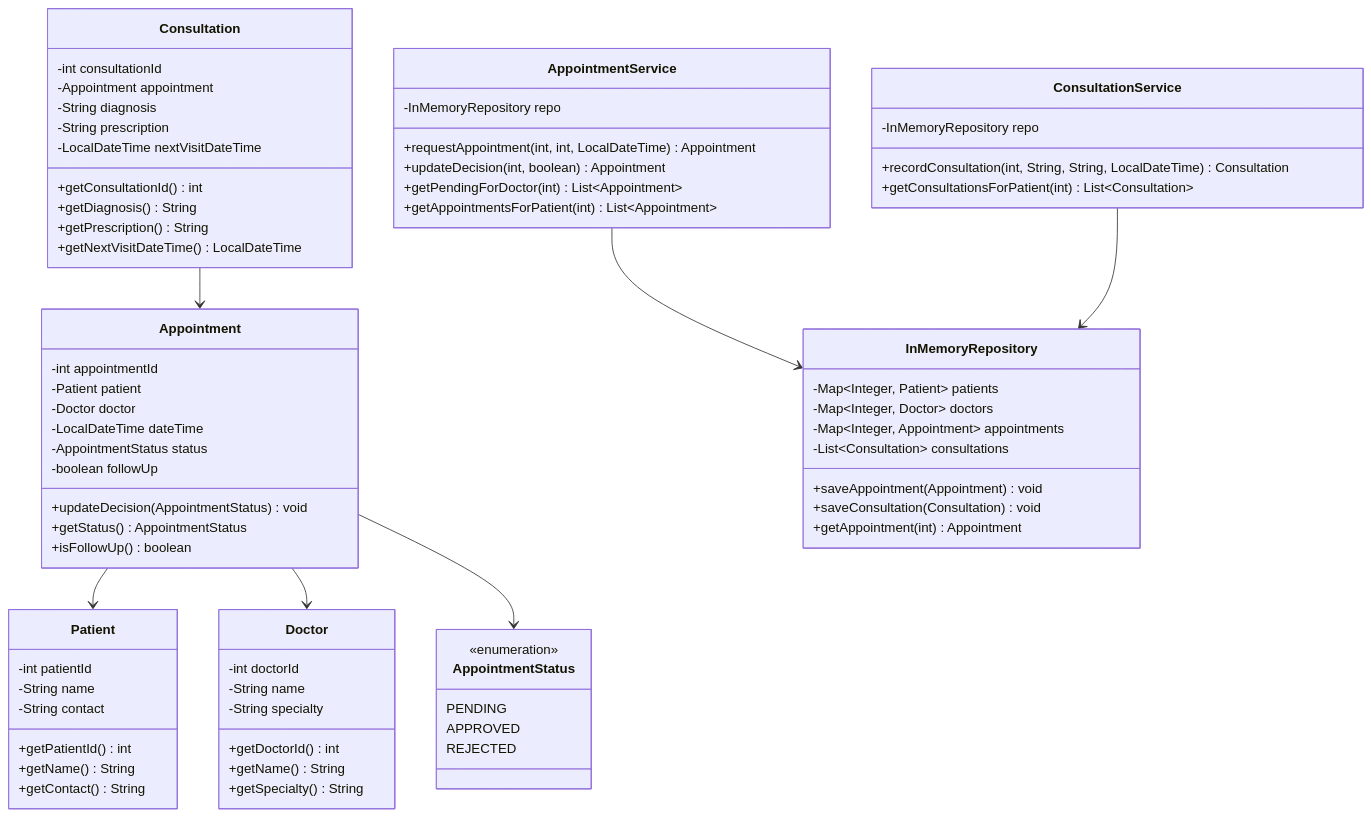
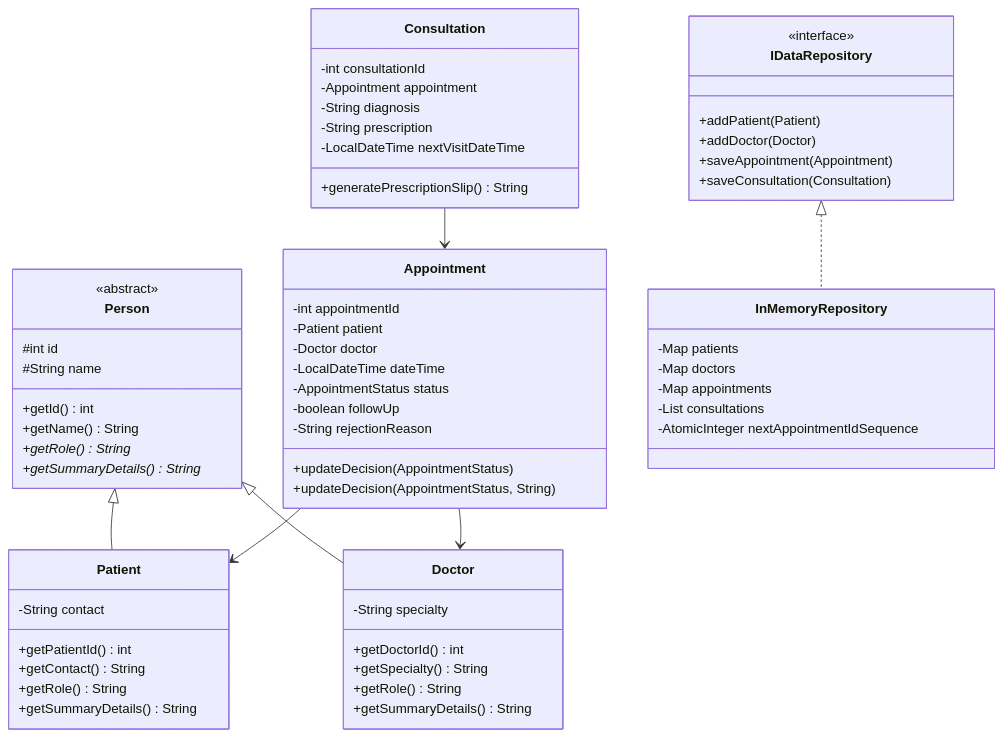
The diagram in docs/TEACHER_PROGRESS_REPORT.md (shreyas-tiwxri/Smart-Appointment-System), drawn with Mermaid before and after one commit. The commit also changed other lines of this file and 24 other files, not shown here.

````diff
--- a/docs/TEACHER_PROGRESS_REPORT.md
+++ b/docs/TEACHER_PROGRESS_REPORT.md
@@ -59,82 +66,72 @@
 ```mermaid
 classDiagram
+    class Person {
+        <<abstract>>
+        #int id
+        #String name
+        +getId() int
+        +getName() String
+        +getRole()* String
+        +getSummaryDetails()* String
+    }
+
     class Patient {
-        -int patientId
-        -String name
         -String contact
         +getPatientId() int
-        +getName() String
         +getContact() String
+        +getRole() String
+        +getSummaryDetails() String
     }
 
     class Doctor {
-        -int doctorId
-        -String name
         -String specialty
         +getDoctorId() int
-        +getName() String
         +getSpecialty() String
-    }
-
-    class AppointmentStatus {
-        <<enumeration>>
-        PENDING
-        APPROVED
-        REJECTED
+        +getRole() String
+        +getSummaryDetails() String
     }
 
     class Appointment {
         -int appointmentId
         -Patient patient
         -Doctor doctor
         -LocalDateTime dateTime
         -AppointmentStatus status
         -boolean followUp
-        +updateDecision(AppointmentStatus) void
-        +getStatus() AppointmentStatus
-        +isFollowUp() boolean
+        -String rejectionReason
+        +updateDecision(AppointmentStatus)
+        +updateDecision(AppointmentStatus, String)
     }
 
     class Consultation {
         -int consultationId
         -Appointment appointment
         -String diagnosis
         -String prescription
         -LocalDateTime nextVisitDateTime
-        +getConsultationId() int
-        +getDiagnosis() String
-        +getPrescription() String
-        +getNextVisitDateTime() LocalDateTime
+        +generatePrescriptionSlip() String
+    }
+
+    class IDataRepository {
+        <<interface>>
+        +addPatient(Patient)
+        +addDoctor(Doctor)
+        +saveAppointment(Appointment)
+        +saveConsultation(Consultation)
     }
 
     class InMemoryRepository {
-        -Map~Integer, Patient~ patients
-        -Map~Integer, Doctor~ doctors
-        -Map~Integer, Appointment~ appointments
-        -List~Consultation~ consultations
-        +saveAppointment(Appointment) void
-        +saveConsultation(Consultation) void
-        +getAppointment(int) Appointment
+        -Map patients
+        -Map doctors
+        -Map appointments
+        -List consultations
+        -AtomicInteger nextAppointmentIdSequence
     }
 
-    class AppointmentService {
-        -InMemoryRepository repo
-        +requestAppointment(int, int, LocalDateTime) Appointment
-        +updateDecision(int, boolean) Appointment
-        +getPendingForDoctor(int) List~Appointment~
-        +getAppointmentsForPatient(int) List~Appointment~
-    }
-
-    class ConsultationService {
-        -InMemoryRepository repo
-        +recordConsultation(int, String, String, LocalDateTime) Consultation
-        +getConsultationsForPatient(int) List~Consultation~
-    }
-
+    Person <|-- Patient
+    Person <|-- Doctor
     Appointment --> Patient
     Appointment --> Doctor
-    Appointment --> AppointmentStatus
     Consultation --> Appointment
-    AppointmentService --> InMemoryRepository
-    ConsultationService --> InMemoryRepository
+    IDataRepository <|.. InMemoryRepository
 ```
````
